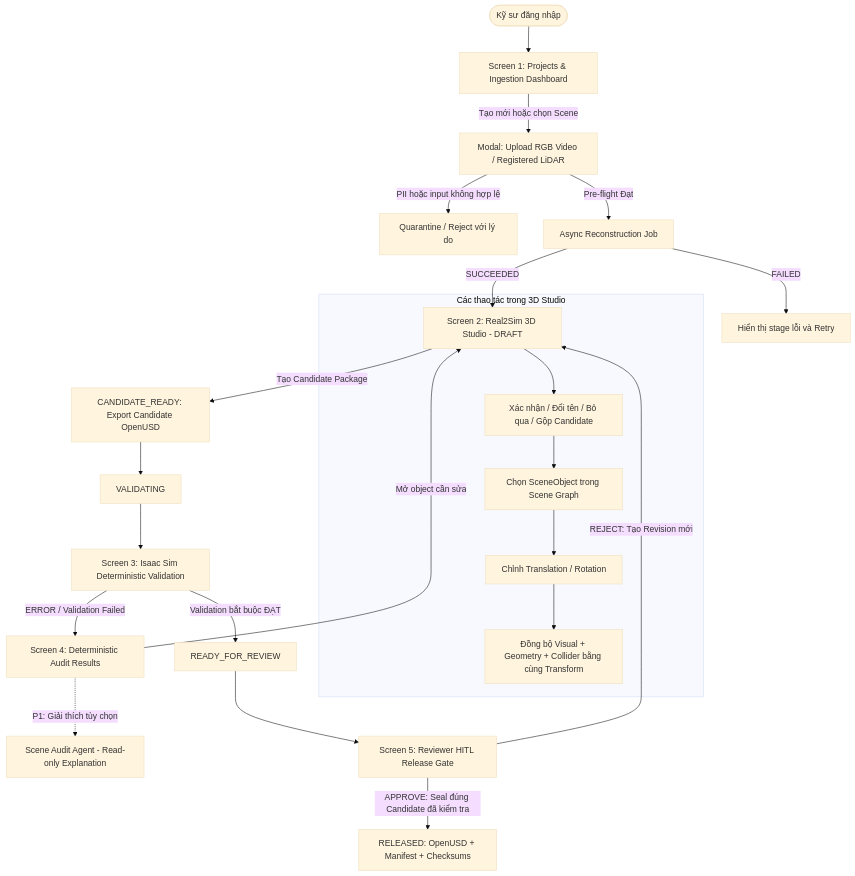
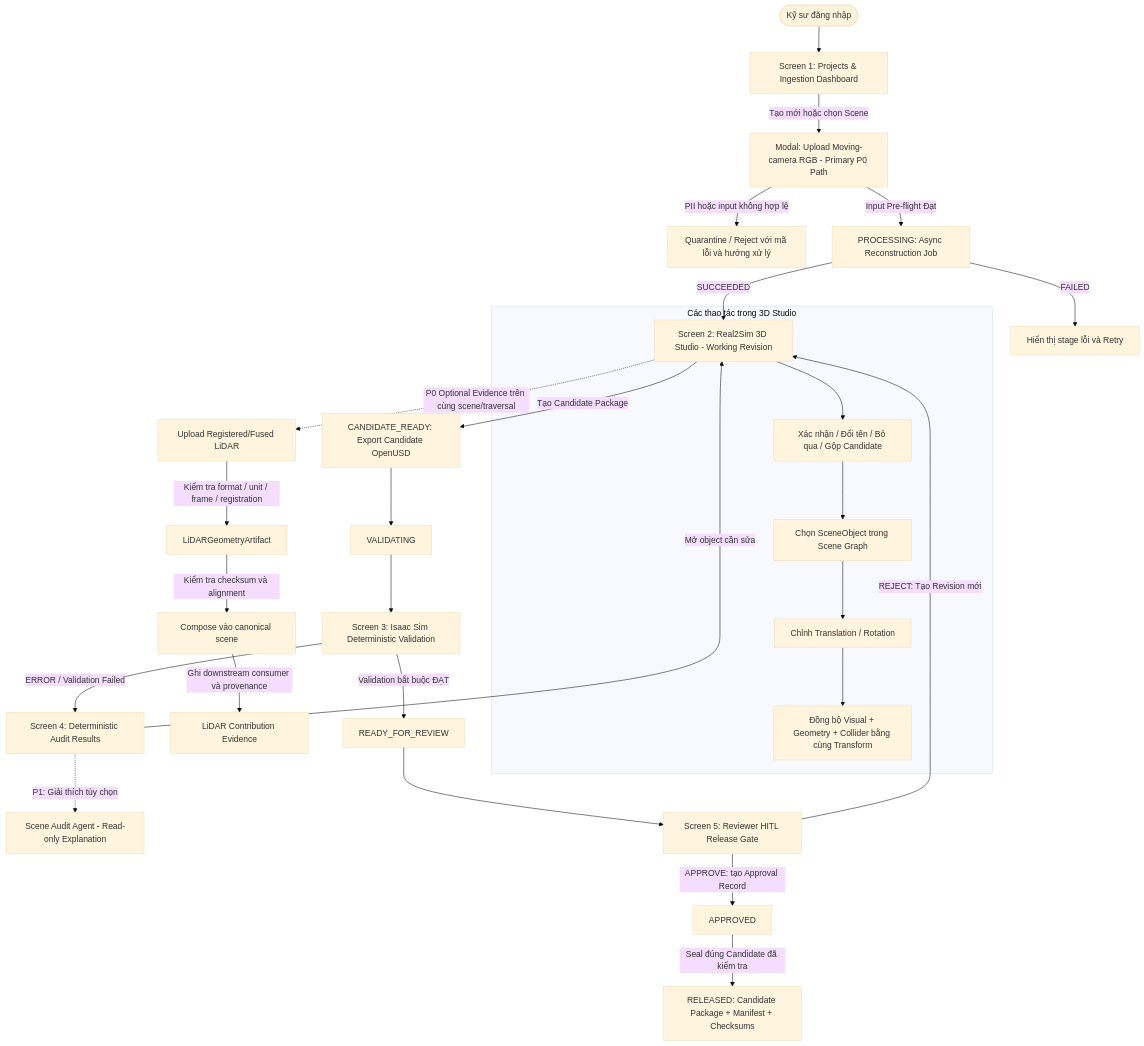
Before and after one commit to awun0105/P-087: the diagram in docs/WIREFRAME_AND_UI_FLOW.md, drawn with Mermaid (base theme). The commit also changed other lines of this file and 8 other files, not shown here.

````diff
--- a/docs/WIREFRAME_AND_UI_FLOW.md
+++ b/docs/WIREFRAME_AND_UI_FLOW.md
@@ -16,31 +22,37 @@
 ```mermaid
 flowchart TD
     Start([Kỹ sư đăng nhập]) --> Dashboard[Screen 1: Projects & Ingestion Dashboard]
     
-    Dashboard -->|Tạo mới hoặc chọn Scene| IngestModal[Modal: Upload RGB Video / Registered LiDAR]
-    IngestModal -->|PII hoặc input không hợp lệ| RejectInput[Quarantine / Reject với lý do]
-    IngestModal -->|Pre-flight Đạt| WorkerJob[Async Reconstruction Job]
+    Dashboard -->|Tạo mới hoặc chọn Scene| IngestModal[Modal: Upload Moving-camera RGB - Primary P0 Path]
+    IngestModal -->|PII hoặc input không hợp lệ| RejectInput[Quarantine / Reject với mã lỗi và hướng xử lý]
+    IngestModal -->|Input Pre-flight Đạt| WorkerJob[PROCESSING: Async Reconstruction Job]
     WorkerJob -->|FAILED| JobError[Hiển thị stage lỗi và Retry]
-    WorkerJob -->|SUCCEEDED| Studio[Screen 2: Real2Sim 3D Studio - DRAFT]
+    WorkerJob -->|SUCCEEDED| Studio[Screen 2: Real2Sim 3D Studio - Working Revision]
+
+    Studio -.->|P0 Optional Evidence trên cùng scene/traversal| LidarIngest[Upload Registered/Fused LiDAR]
+    LidarIngest -->|Kiểm tra format / unit / frame / registration| LidarArtifact[LiDARGeometryArtifact]
+    LidarArtifact -->|Kiểm tra checksum và alignment| LidarCompose[Compose vào canonical scene]
+    LidarCompose -->|Ghi downstream consumer và provenance| LidarEvidence[LiDAR Contribution Evidence]
     
     subgraph Studio_Features [Các thao tác trong 3D Studio]
         Studio --> ReviewCandidate[Xác nhận / Đổi tên / Bỏ qua / Gộp Candidate]
         ReviewCandidate --> SelectObj[Chọn SceneObject trong Scene Graph]
         SelectObj --> MoveObj[Chỉnh Translation / Rotation]
         MoveObj --> SyncCol[Đồng bộ Visual + Geometry + Collider bằng cùng Transform]
     end
 
     Studio -->|Tạo Candidate Package| CandidateReady[CANDIDATE_READY: Export Candidate OpenUSD]
     CandidateReady --> Validate[VALIDATING]
     Validate --> SimRunner[Screen 3: Isaac Sim Deterministic Validation]
 
     SimRunner -->|ERROR / Validation Failed| AuditPanel[Screen 4: Deterministic Audit Results]
     AuditPanel -->|Mở object cần sửa| Studio
     AuditPanel -.->|P1: Giải thích tùy chọn| AgentDrawer[Scene Audit Agent - Read-only Explanation]
 
     SimRunner -->|Validation bắt buộc ĐẠT| ReadyReview[READY_FOR_REVIEW]
     ReadyReview --> ReviewModal[Screen 5: Reviewer HITL Release Gate]
 
-    ReviewModal -->|APPROVE: Seal đúng Candidate đã kiểm tra| ReleaseUSD[RELEASED: OpenUSD + Manifest + Checksums]
+    ReviewModal -->|APPROVE: tạo Approval Record| Approved[APPROVED]
+    Approved -->|Seal đúng Candidate đã kiểm tra| ReleaseUSD[RELEASED: Candidate Package + Manifest + Checksums]
     ReviewModal -->|REJECT: Tạo Revision mới| Studio
 ```
````
